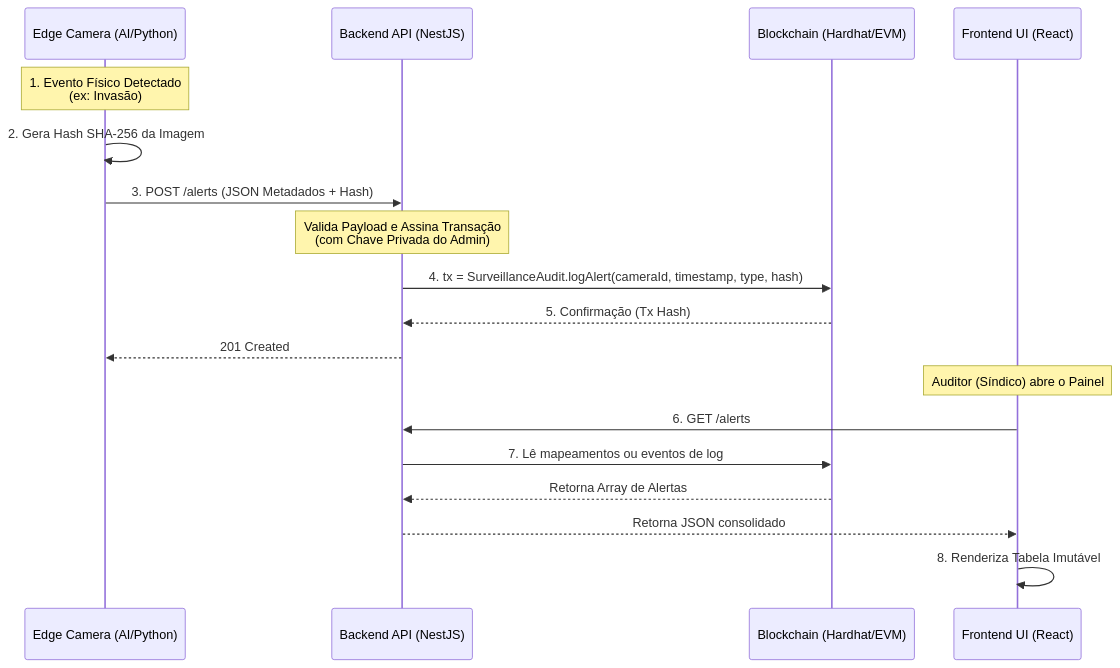
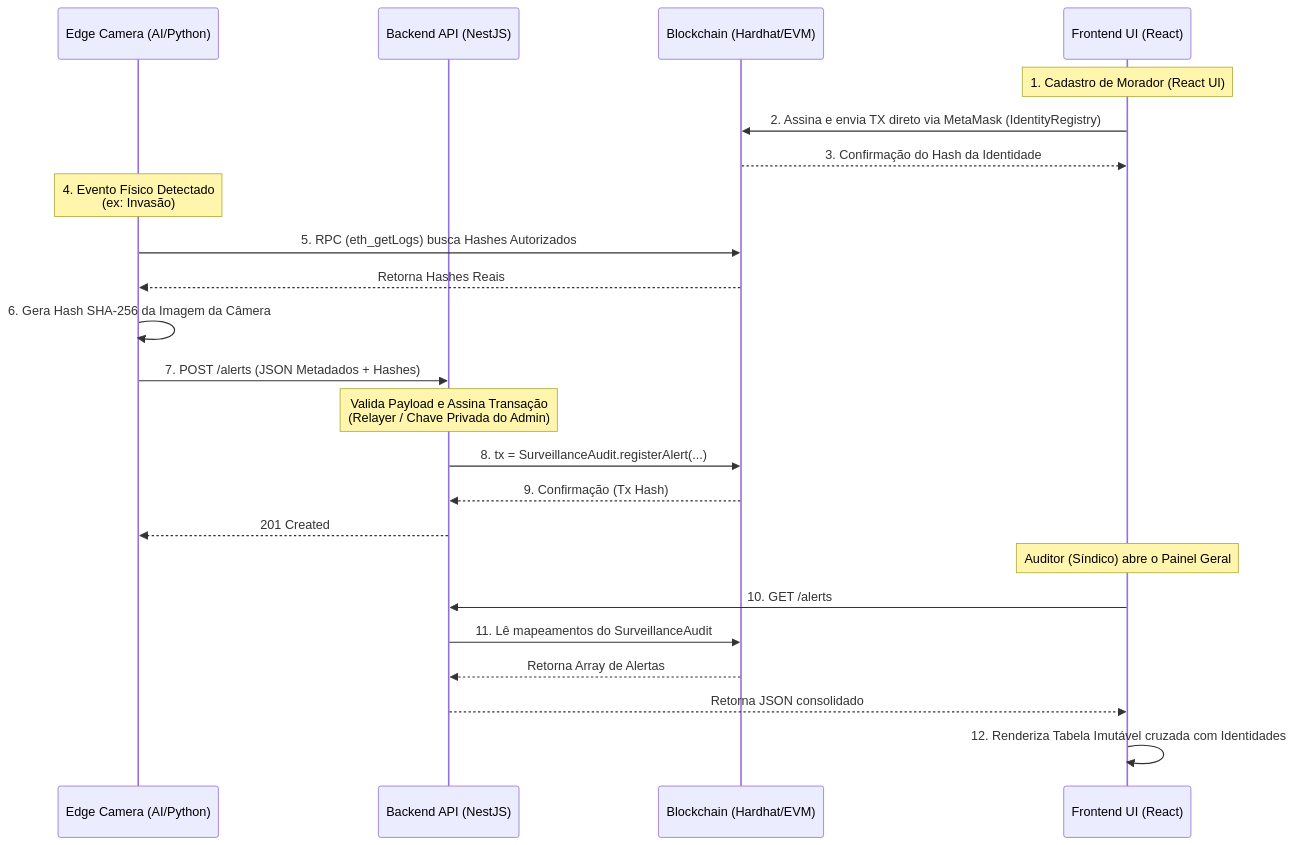
Before and after one commit to mestrevh/cc-blockchain-e-web-3-2026.1: the diagram in projeto/ARCHITECTURE.md, drawn with Mermaid. The commit also changed other lines of this file and 1 other file, not shown here.

Commit message:
docs: atualiza documentacao da arquitetura com fluxo web3 e multiplas cameras

````diff
--- a/projeto/ARCHITECTURE.md
+++ b/projeto/ARCHITECTURE.md
@@ -33,23 +41,28 @@
 ```mermaid
 sequenceDiagram
     participant Cam as Edge Camera (AI/Python)
     participant API as Backend API (NestJS)
     participant BC as Blockchain (Hardhat/EVM)
     participant UI as Frontend UI (React)
-
-    Note over Cam: 1. Evento Físico Detectado<br/>(ex: Invasão)
-    Cam->>Cam: 2. Gera Hash SHA-256 da Imagem
-    Cam->>API: 3. POST /alerts (JSON Metadados + Hash)
+    Note over UI: 1. Cadastro de Morador (React UI)
+    UI->>BC: 2. Assina e envia TX direto via MetaMask (IdentityRegistry)
+    BC-->>UI: 3. Confirmação do Hash da Identidade
     
-    Note over API: Valida Payload e Assina Transação<br/>(com Chave Privada do Admin)
-    API->>BC: 4. tx = SurveillanceAudit.logAlert(cameraId, timestamp, type, hash)
-    BC-->>API: 5. Confirmação (Tx Hash)
+    Note over Cam: 4. Evento Físico Detectado<br/>(ex: Invasão)
+    Cam->>BC: 5. RPC (eth_getLogs) busca Hashes Autorizados
+    BC-->>Cam: Retorna Hashes Reais
+    Cam->>Cam: 6. Gera Hash SHA-256 da Imagem da Câmera
+    Cam->>API: 7. POST /alerts (JSON Metadados + Hashes)
+    
+    Note over API: Valida Payload e Assina Transação<br/>(Relayer / Chave Privada do Admin)
+    API->>BC: 8. tx = SurveillanceAudit.registerAlert(...)
+    BC-->>API: 9. Confirmação (Tx Hash)
     API-->>Cam: 201 Created
     
-    Note over UI: Auditor (Síndico) abre o Painel
-    UI->>API: 6. GET /alerts
-    API->>BC: 7. Lê mapeamentos ou eventos de log
+    Note over UI: Auditor (Síndico) abre o Painel Geral
+    UI->>API: 10. GET /alerts
+    API->>BC: 11. Lê mapeamentos do SurveillanceAudit
     BC-->>API: Retorna Array de Alertas
     API-->>UI: Retorna JSON consolidado
-    UI->>UI: 8. Renderiza Tabela Imutável
+    UI->>UI: 12. Renderiza Tabela Imutável cruzada com Identidades
 ```
````
